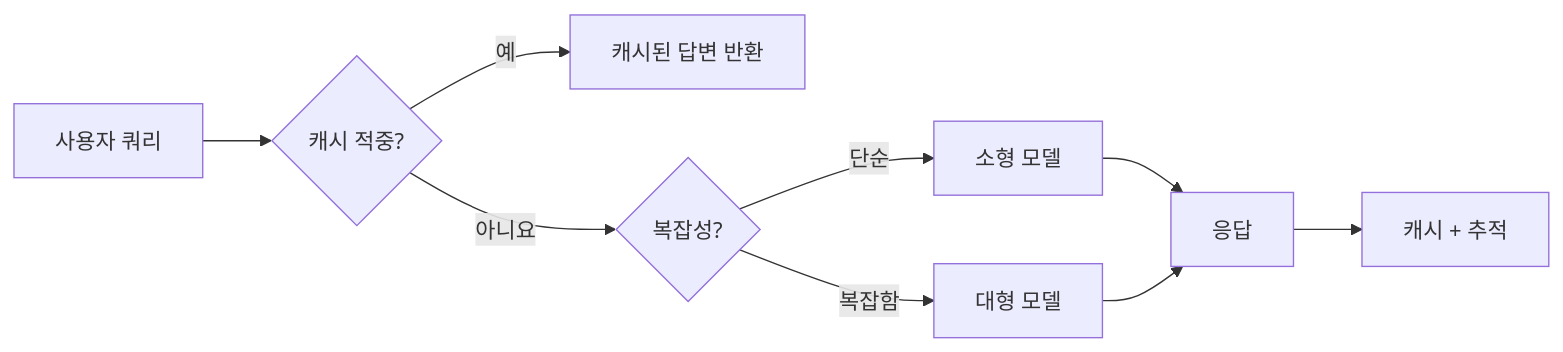
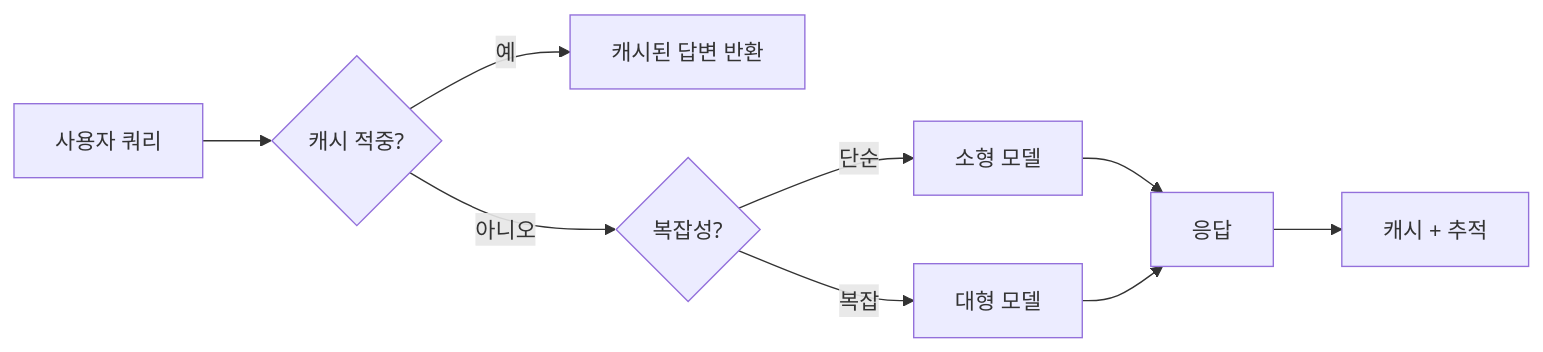
The third of 4 diagrams in translations/ko/16-deploying-scalable-agents/README.md (microsoft/ai-agents-for-beginners), drawn with Mermaid before and after one commit. The commit also changed other lines of this file and 46 other files, not shown here.

````diff
--- a/translations/ko/16-deploying-scalable-agents/README.md
+++ b/translations/ko/16-deploying-scalable-agents/README.md
@@ -134,11 +134,11 @@
 ```mermaid
 flowchart LR
     Q[사용자 쿼리] --> C{캐시 적중?}
     C -->|예| R[캐시된 답변 반환]
-    C -->|아니요| Router{복잡성?}
+    C -->|아니오| Router{복잡성?}
     Router -->|단순| SLM[소형 모델]
-    Router -->|복잡함| LLM[대형 모델]
+    Router -->|복잡| LLM[대형 모델]
     SLM --> Out[응답]
     LLM --> Out
     Out --> Store[캐시 + 추적]
 ```
````
